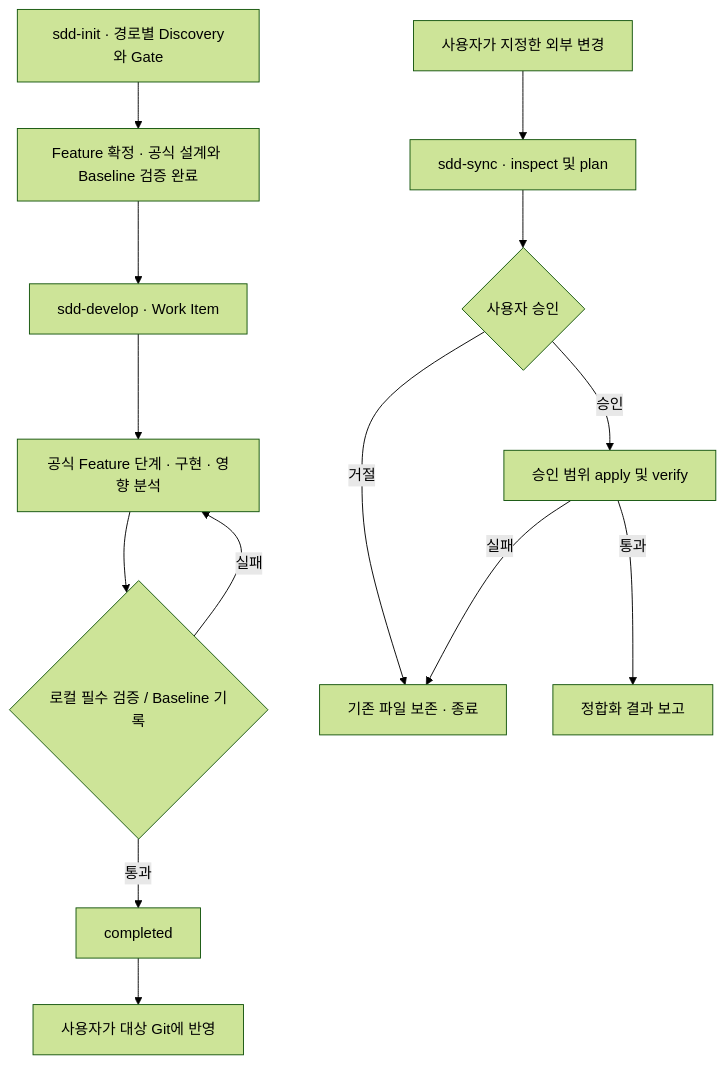
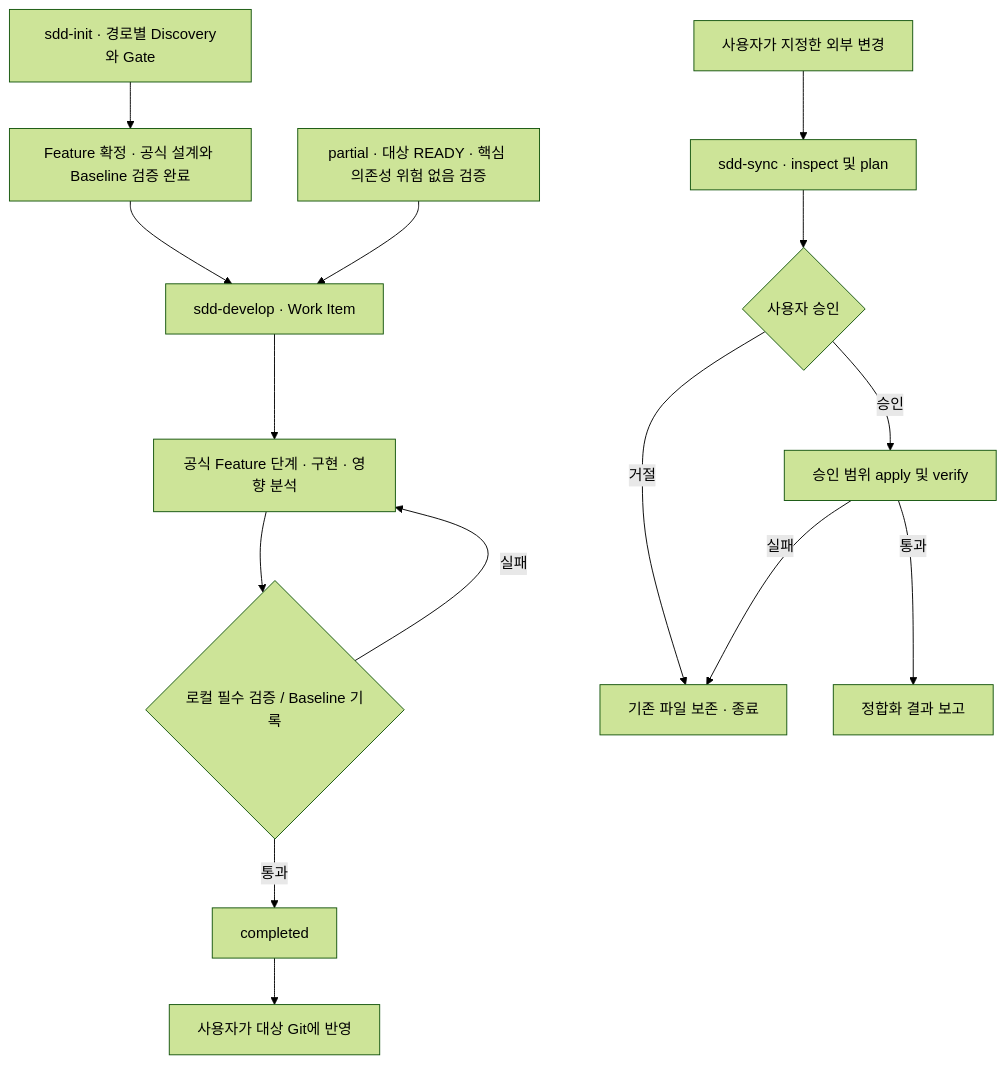
One commit to jungsangU/spec-thread changed the second of 3 diagrams in docs/design/SpecThread-통합-상세-설계서.md. Above: the diagram before and after it, drawn with Mermaid (forest theme). The commit also changed other lines of this file and 32 other files, not shown here.

```diff
--- a/docs/design/SpecThread-통합-상세-설계서.md
+++ b/docs/design/SpecThread-통합-상세-설계서.md
@@ -164,16 +174,17 @@
 ~~~mermaid
 flowchart TD
   I["sdd-init · 경로별 Discovery와 Gate"] --> R["Feature 확정 · 공식 설계와 Baseline 검증 완료"]
   R --> D["sdd-develop · Work Item"]
+  P["partial · 대상 READY · 핵심 의존성 위험 없음 검증"] --> D
   D --> F["공식 Feature 단계 · 구현 · 영향 분석"]
   F --> L{"로컬 필수 검증 / Baseline 기록"}
   L -->|실패| F
   L -->|통과| C["completed"]
   C --> G["사용자가 대상 Git에 반영"]
   E["사용자가 지정한 외부 변경"] --> Y["sdd-sync · inspect 및 plan"]
   Y --> A{"사용자 승인"}
   A -->|거절| X["기존 파일 보존 · 종료"]
   A -->|승인| Z["승인 범위 apply 및 verify"]
   Z -->|실패| X
   Z -->|통과| S["정합화 결과 보고"]
 ~~~
```
